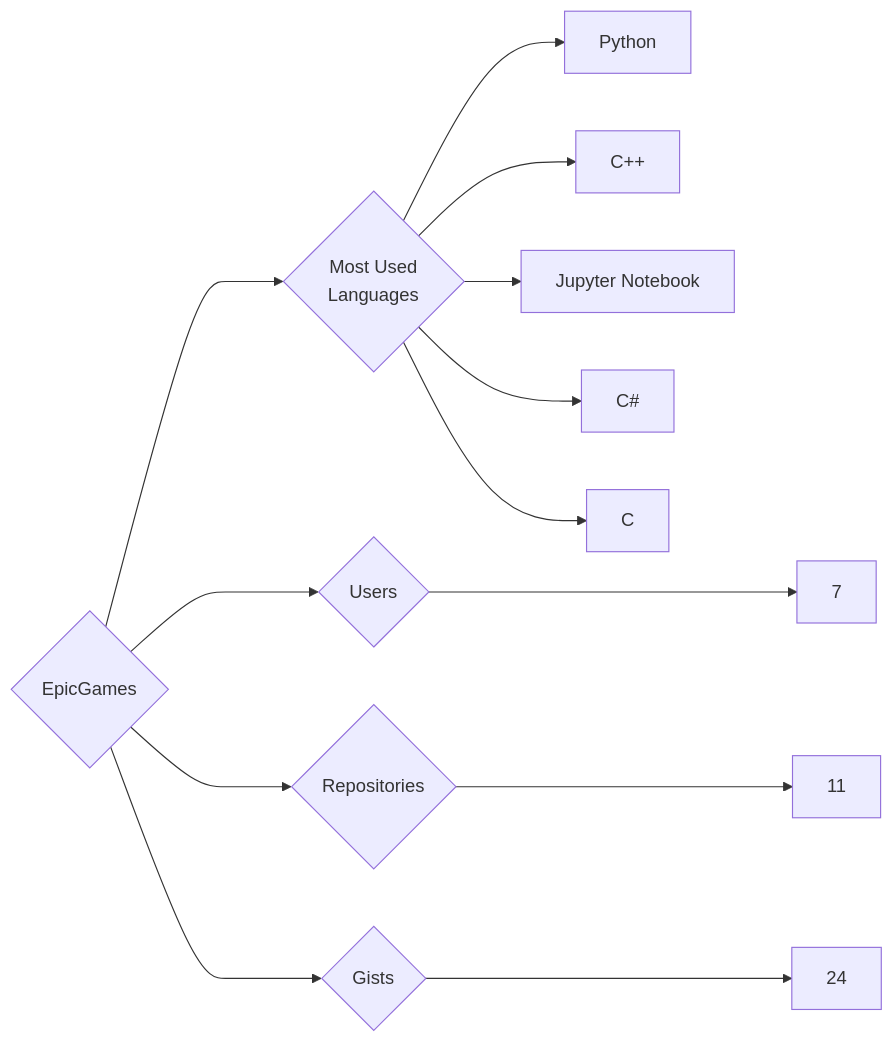
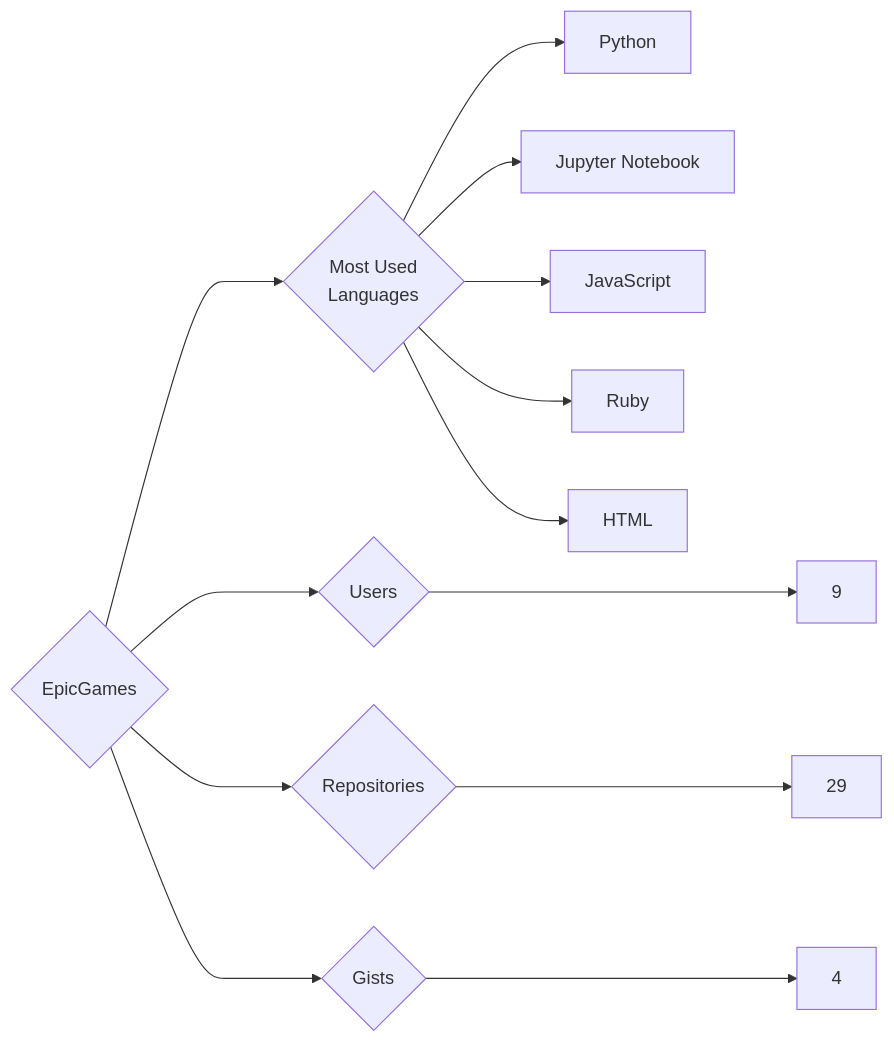
One commit to trickest/insiders changed the diagram in targets/EpicGames/README.md. Above: the diagram before and after it, drawn with Mermaid. The commit also changed 873 other files, not shown here.

````diff
--- a/targets/EpicGames/README.md
+++ b/targets/EpicGames/README.md
@@ -3,13 +3,13 @@
 ```mermaid
 graph LR
 COMPANY_NAME{EpicGames}
-COMPANY_NAME ---> U{Users} ---> UN[7]
-COMPANY_NAME ---> R{Repositories} ---> RN[11]
-COMPANY_NAME ---> G{Gists} ---> GN[24]
+COMPANY_NAME ---> U{Users} ---> UN[9]
+COMPANY_NAME ---> R{Repositories} ---> RN[29]
+COMPANY_NAME ---> G{Gists} ---> GN[4]
 COMPANY_NAME ---> ML{Most Used<br>Languages}
 ML --> Python[Python]
-ML --> C++[C++]
 ML --> Jupyter_Notebook[Jupyter Notebook]
-ML --> C#[C#]
-ML --> C[C]
+ML --> JavaScript[JavaScript]
+ML --> Ruby[Ruby]
+ML --> HTML[HTML]
 ```
````
